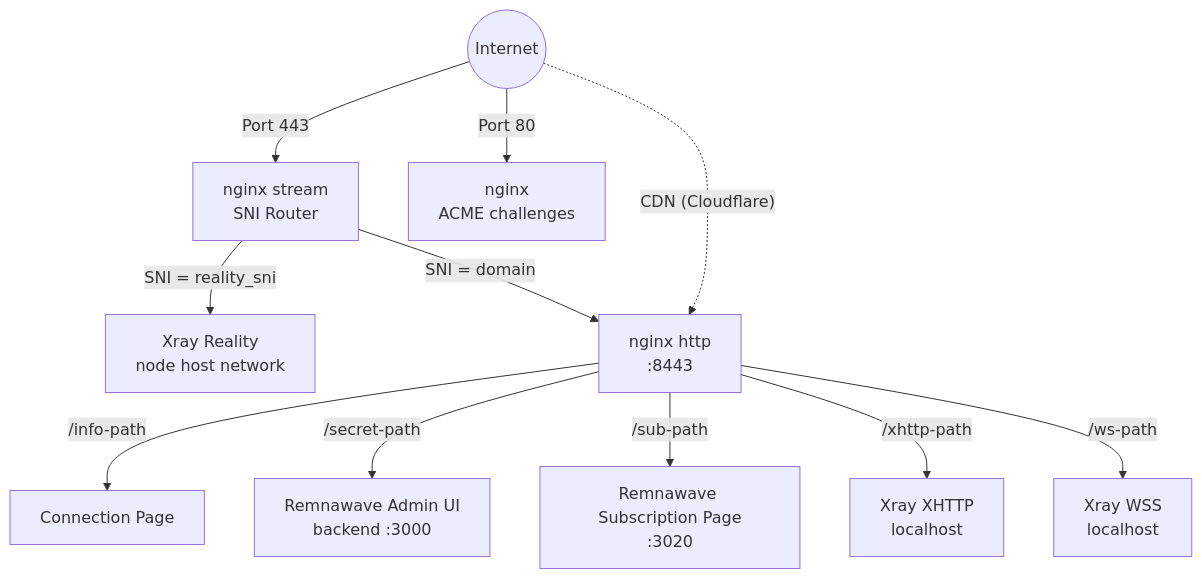
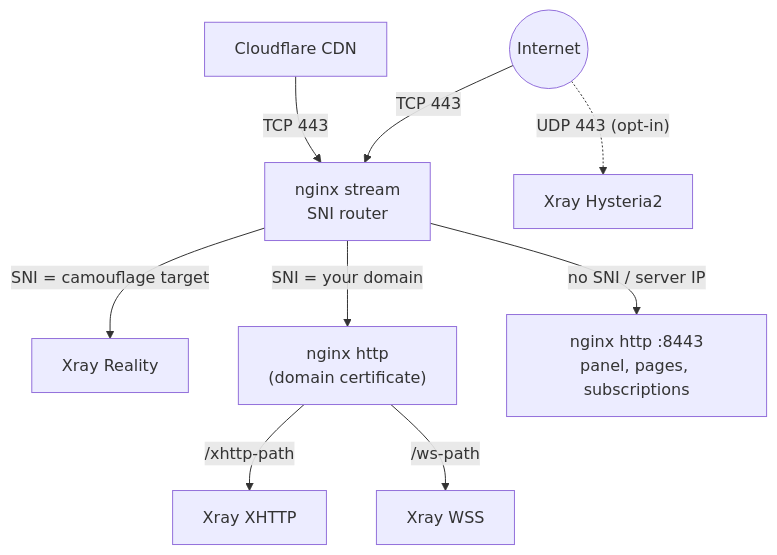
The second of 3 diagrams in website/src/content/docs/en/architecture.md (getmeridian/meridian), drawn with Mermaid before and after one commit. The commit also changed other lines of this file and 3 other files, not shown here.

First line of the commit message:
Document the 4.0 CLI and architecture without the legacy paths

````diff
--- a/website/src/content/docs/en/architecture.md
+++ b/website/src/content/docs/en/architecture.md
@@ -42,13 +39,11 @@
 ```mermaid
 flowchart TD
-    Internet((Internet)) -->|Port 443| Nginx[nginx stream<br>SNI Router]
-    Nginx -->|"SNI = reality_sni"| XrayReal["Xray Reality<br>node host network"]
-    Nginx -->|"SNI = domain"| NginxHTTP["nginx http<br>:8443"]
-    NginxHTTP -->|/info-path| Page[Connection Page]
-    NginxHTTP -->|/secret-path| Panel[Remnawave Admin UI<br>backend :3000]
-    NginxHTTP -->|/sub-path| SubPage[Remnawave Subscription Page<br>:3020]
-    NginxHTTP -->|/xhttp-path| XrayXHTTP["Xray XHTTP<br>localhost"]
-    NginxHTTP -->|/ws-path| XrayWSS["Xray WSS<br>localhost"]
-    Internet -->|Port 80| NginxACME["nginx<br>ACME challenges"]
-    Internet -.->|"CDN (Cloudflare)"| NginxHTTP
+    Internet((Internet)) -->|TCP 443| Nginx[nginx stream<br>SNI router]
+    CDN["Cloudflare CDN"] -->|TCP 443| Nginx
+    Nginx -->|"SNI = camouflage target"| XrayReal["Xray Reality"]
+    Nginx -->|"SNI = your domain"| NginxDomain["nginx http<br>(domain certificate)"]
+    Nginx -->|"no SNI / server IP"| NginxHTTP["nginx http :8443<br>panel, pages, subscriptions"]
+    NginxDomain -->|/xhttp-path| XrayXHTTP["Xray XHTTP"]
+    NginxDomain -->|/ws-path| XrayWSS["Xray WSS"]
+    Internet -.->|"UDP 443 (opt-in)"| XrayHy2["Xray Hysteria2"]
 ```
````
